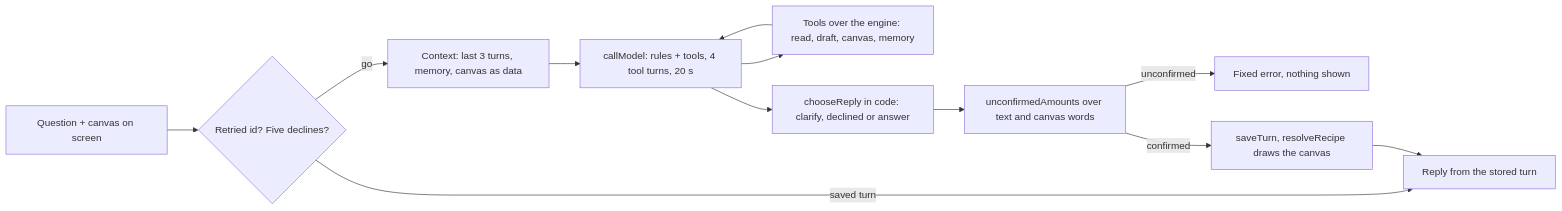
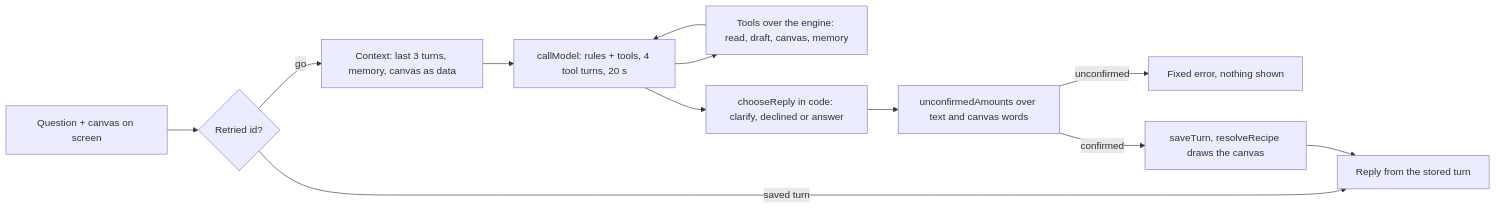
Before and after one commit to BenBen05059997/personal-economy-saver: the second of 3 diagrams in ARCHITECTURE.md, drawn with Mermaid. The commit also changed other lines of this file and 39 other files, not shown here.

````diff
--- a/ARCHITECTURE.md
+++ b/ARCHITECTURE.md
@@ -190,14 +190,14 @@
 ```mermaid
 flowchart LR
-    Q[Question + canvas on screen] --> G{Retried id? Five declines?}
+    Q[Question + canvas on screen] --> G{Retried id?}
     G -- saved turn --> R[Reply from the stored turn]
     G -- go --> C[Context: last 3 turns, memory, canvas as data]
     C --> M[callModel: rules + tools, 4 tool turns, 20 s]
     M --> T[Tools over the engine: read, draft, canvas, memory]
     T --> M
     M --> K[chooseReply in code: clarify, declined or answer]
     K --> N[unconfirmedAmounts over text and canvas words]
     N -- unconfirmed --> E[Fixed error, nothing shown]
     N -- confirmed --> S[saveTurn, resolveRecipe draws the canvas]
     S --> R
 ```
````
